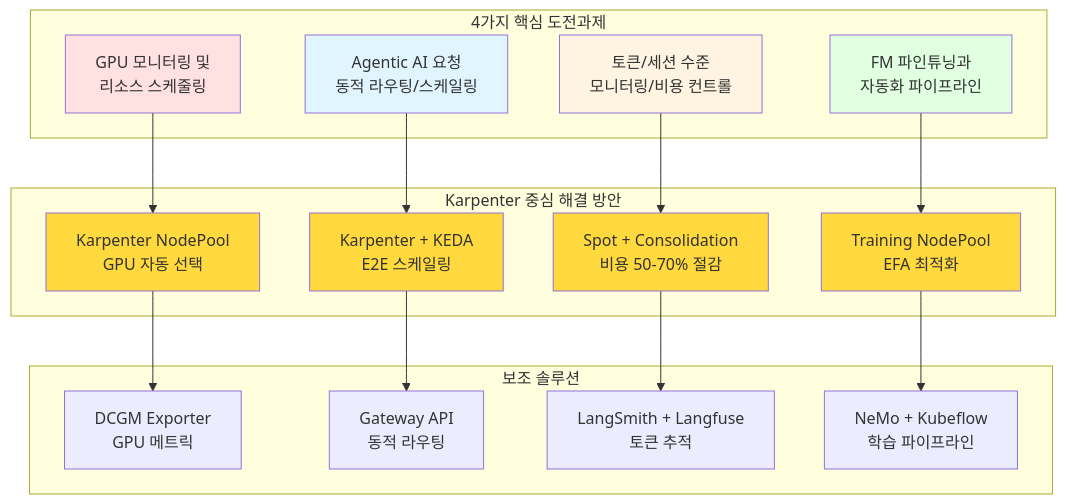
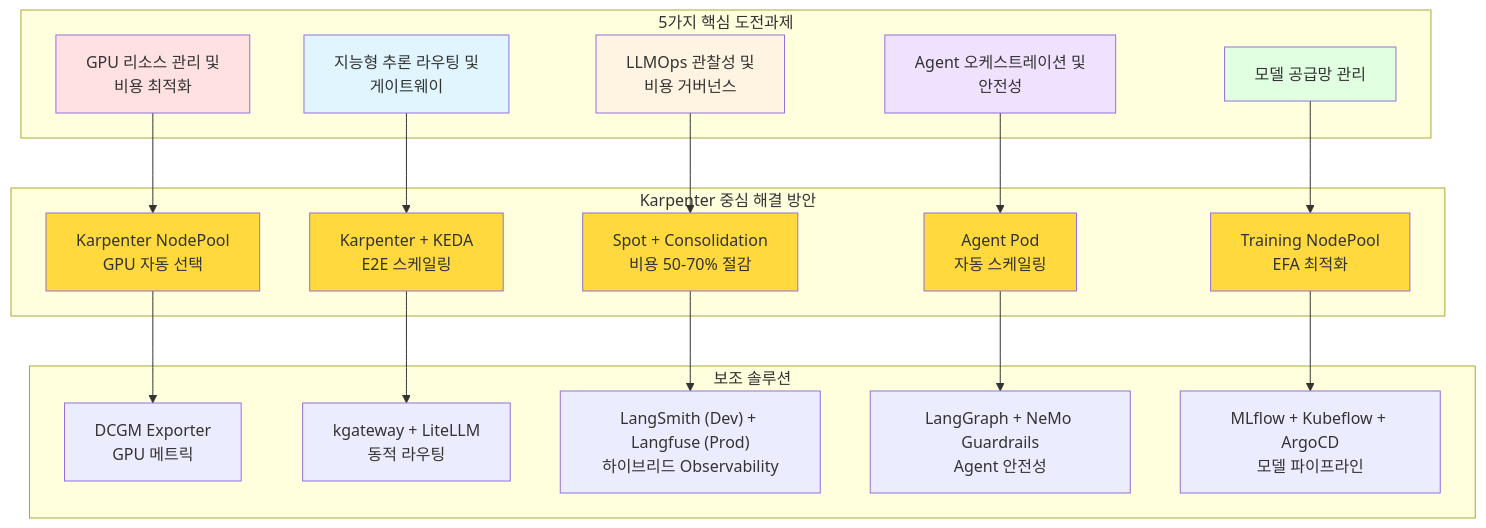
The sixth of 15 diagrams in docs/agentic-ai-platform/design-architecture/agentic-ai-solutions-eks.md (devfloor9/engineering-playbook), drawn with Mermaid before and after one commit. The commit also changed other lines of this file and 5 other files, not shown here.

First line of the commit message:
fix: 도전과제 5개 구조 정합성 및 하이브리드 Observability 일관성 수정

````diff
--- a/docs/agentic-ai-platform/design-architecture/agentic-ai-solutions-eks.md
+++ b/docs/agentic-ai-platform/design-architecture/agentic-ai-solutions-eks.md
@@ -320,41 +320,48 @@
 ```mermaid
 flowchart TD
-    subgraph Challenges["4가지 핵심 도전과제"]
-        C1["GPU 모니터링 및<br/>리소스 스케줄링"]
-        C2["Agentic AI 요청<br/>동적 라우팅/스케일링"]
-        C3["토큰/세션 수준<br/>모니터링/비용 컨트롤"]
-        C4["FM 파인튜닝과<br/>자동화 파이프라인"]
+    subgraph Challenges["5가지 핵심 도전과제"]
+        C1["GPU 리소스 관리 및<br/>비용 최적화"]
+        C2["지능형 추론 라우팅 및<br/>게이트웨이"]
+        C3["LLMOps 관찰성 및<br/>비용 거버넌스"]
+        C4["Agent 오케스트레이션 및<br/>안전성"]
+        C5["모델 공급망 관리"]
     end
 
     subgraph KarpenterSolutions["Karpenter 중심 해결 방안"]
         S1["Karpenter NodePool<br/>GPU 자동 선택"]
         S2["Karpenter + KEDA<br/>E2E 스케일링"]
         S3["Spot + Consolidation<br/>비용 50-70% 절감"]
-        S4["Training NodePool<br/>EFA 최적화"]
+        S4["Agent Pod<br/>자동 스케일링"]
+        S5["Training NodePool<br/>EFA 최적화"]
     end
 
     subgraph AuxSolutions["보조 솔루션"]
         A1["DCGM Exporter<br/>GPU 메트릭"]
-        A2["Gateway API<br/>동적 라우팅"]
-        A3["LangSmith + Langfuse<br/>토큰 추적"]
-        A4["NeMo + Kubeflow<br/>학습 파이프라인"]
+        A2["kgateway + LiteLLM<br/>동적 라우팅"]
+        A3["LangSmith (Dev) + Langfuse (Prod)<br/>하이브리드 Observability"]
+        A4["LangGraph + NeMo Guardrails<br/>Agent 안전성"]
+        A5["MLflow + Kubeflow + ArgoCD<br/>모델 파이프라인"]
     end
 
     C1 --> S1
     C2 --> S2
     C3 --> S3
     C4 --> S4
+    C5 --> S5
     S1 --> A1
     S2 --> A2
     S3 --> A3
     S4 --> A4
+    S5 --> A5
 
     style C1 fill:#ffe1e1
     style C2 fill:#e1f5ff
     style C3 fill:#fff4e1
-    style C4 fill:#e1ffe1
+    style C4 fill:#f0e1ff
+    style C5 fill:#e1ffe1
     style S1 fill:#ffd93d
     style S2 fill:#ffd93d
     style S3 fill:#ffd93d
     style S4 fill:#ffd93d
+    style S5 fill:#ffd93d
 ```
````
